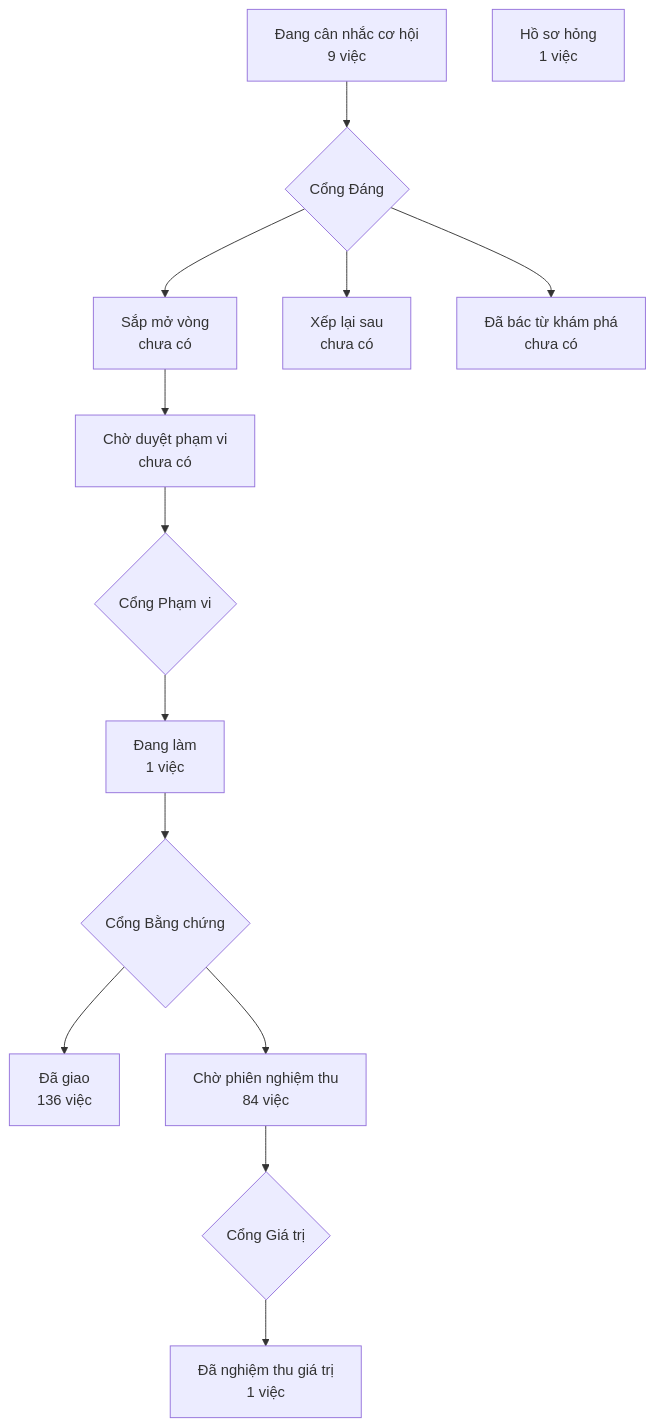
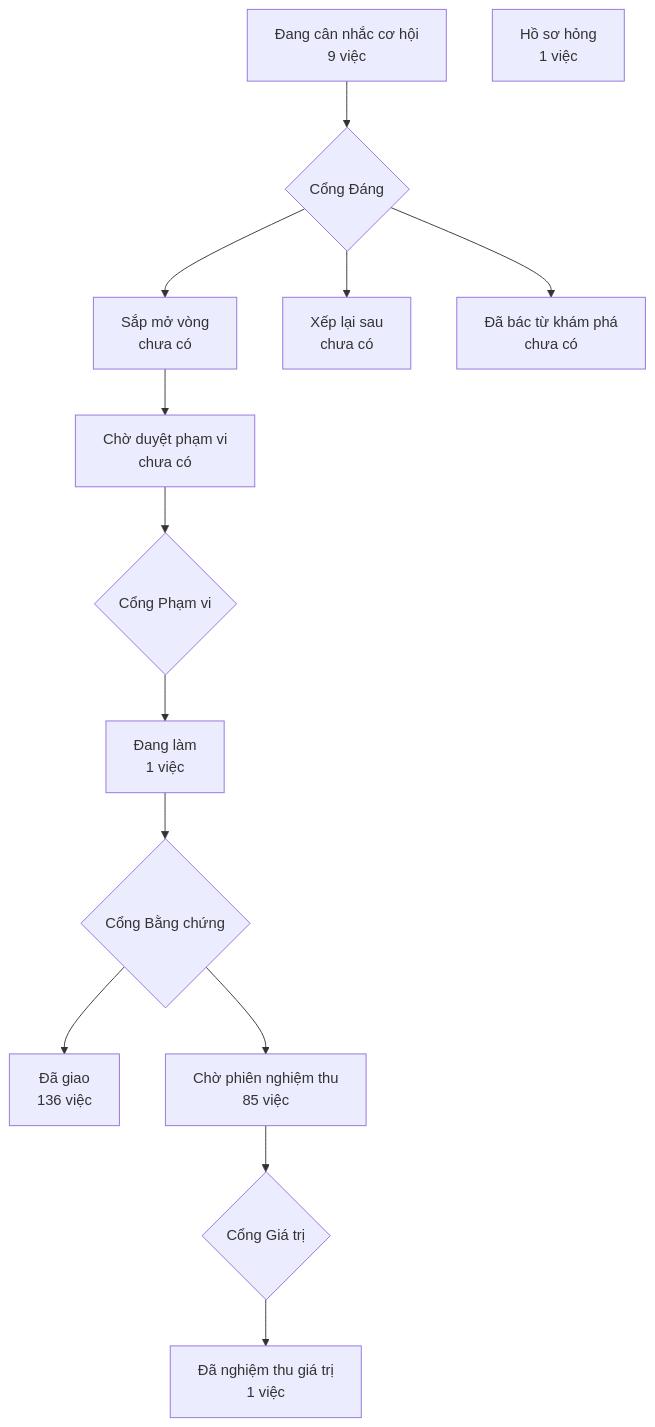
One commit to phanlemanh/crm-onehub changed the diagram in PRODUCT-MAP.md. Above: the diagram before and after it, drawn with Mermaid. The commit also changed other lines of this file and 1 other file, not shown here.

Commit message:
chore: vẽ lại bản đồ sản phẩm sau gộp onehub 23f52546 (K3c, kit 2.26)

````diff
--- a/PRODUCT-MAP.md
+++ b/PRODUCT-MAP.md
@@ -7,13 +7,13 @@
 ```mermaid
 flowchart TD
   A["Đang cân nhắc cơ hội<br/>9 việc"] --> GD{"Cổng Đáng"}
   GD --> B["Sắp mở vòng<br/>chưa có"]
   GD --> XL["Xếp lại sau<br/>chưa có"]
   GD --> DB["Đã bác từ khám phá<br/>chưa có"]
   B --> CD["Chờ duyệt phạm vi<br/>chưa có"] --> GP{"Cổng Phạm vi"}
   GP --> DL["Đang làm<br/>1 việc"] --> GB{"Cổng Bằng chứng"}
   GB --> DG["Đã giao<br/>136 việc"]
-  GB --> CN["Chờ phiên nghiệm thu<br/>84 việc"] --> GG{"Cổng Giá trị"}
+  GB --> CN["Chờ phiên nghiệm thu<br/>85 việc"] --> GG{"Cổng Giá trị"}
   GG --> NT["Đã nghiệm thu giá trị<br/>1 việc"]
   HS["Hồ sơ hỏng<br/>1 việc"]
 ```
````
